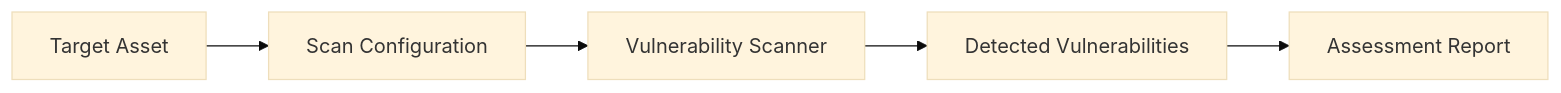
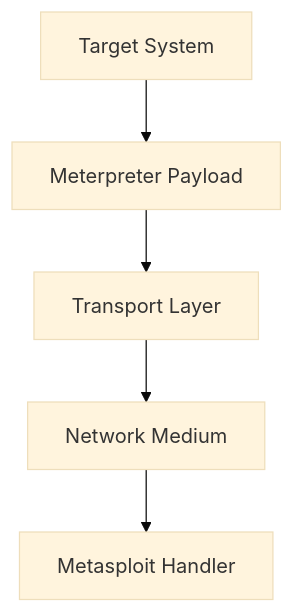
The first of 23 diagrams in docs/Sem-5/Theory/MFW/O-syl/u1.mdx (ankur-1112/portfolio), drawn with Mermaid (base theme) before and after one commit. The commit also changed other lines of this file and 86 other files, not shown here.

````diff
--- a/docs/Sem-5/Theory/MFW/O-syl/u1.mdx
+++ b/docs/Sem-5/Theory/MFW/O-syl/u1.mdx
@@ -180,7 +22,7 @@
 ```mermaid
-flowchart LR
-  A[Target Asset] --> B[Scan Configuration]
-  B --> C[Vulnerability Scanner]
-  C --> D[Detected Vulnerabilities]
-  D --> E[Assessment Report]
+flowchart TD
+  A["Target System"] --> B["Meterpreter Payload"]
+  B --> C["Transport Layer"]
+  C --> D["Network Medium"]
+  D --> E["Metasploit Handler"]
 ```
````
